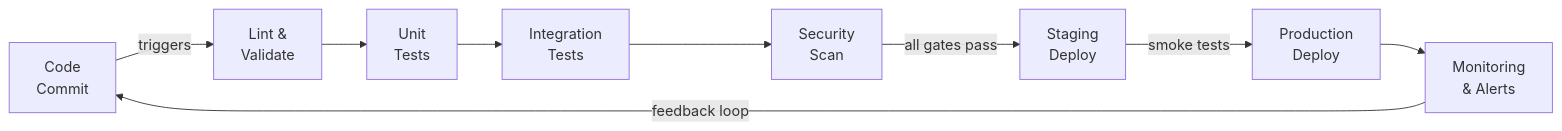
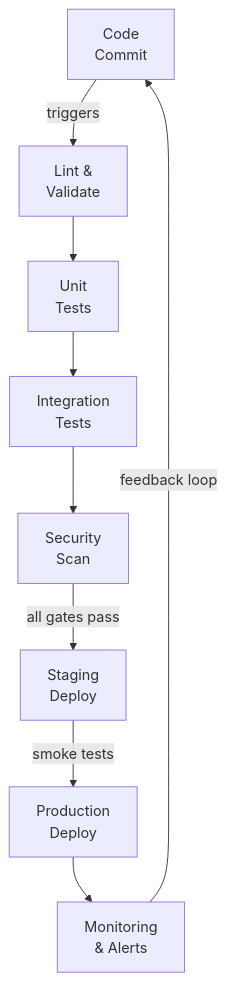
One commit to Geonitab/architecture_as_code changed the diagram in docs/images/diagram_07_chapter5.mmd. Above: the diagram before and after it, drawn with Mermaid. The commit also changed 9 other files, not shown here.

Commit message:
Change LR to TD orientation for diagrams with more than 5 horizontal elements (#1825)

```diff
--- a/docs/images/diagram_07_chapter5.mmd
+++ b/docs/images/diagram_07_chapter5.mmd
@@ -1,10 +1,10 @@
 %% Diagram: Automation, DevOps and CI/CD for Infrastructure as Code — code commit triggers a fully automated pipeline from lint and test through security scanning to production deployment and feedback
-flowchart LR
+flowchart TD
     A["Code\nCommit"]:::kv-primary -->|"triggers"| B["Lint &\nValidate"]:::kv-highlight
     B --> C["Unit\nTests"]:::kv-accent
     C --> D["Integration\nTests"]:::kv-accent
     D --> E["Security\nScan"]:::kv-highlight
     E -->|"all gates pass"| F["Staging\nDeploy"]:::kv-primary
     F -->|"smoke tests"| G["Production\nDeploy"]:::kv-primary
     G --> H["Monitoring\n& Alerts"]:::kv-muted
     H -->|"feedback loop"| A
```
